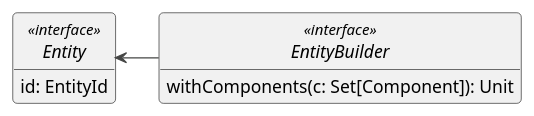
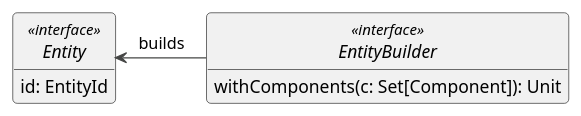
Before and after one commit to Remisse/ecscalibur: the diagram in docs/diagrams/src/3_entity.wsd, drawn with PlantUML. The commit also changed 88 other files, not shown here.

```diff
--- a/docs/diagrams/src/3_entity.wsd
+++ b/docs/diagrams/src/3_entity.wsd
@@ -1,17 +1,17 @@
 @startuml
 !theme vibrant
 
 interface Entity <<interface>> {
   id: EntityId
 }
 
 interface EntityBuilder <<interface>> {
   withComponents(c: Set[Component]): Unit
 }
 
-Entity <- EntityBuilder
+Entity <- EntityBuilder : builds
 
 hide empty members
 hide interface circle
 
 @enduml
```
